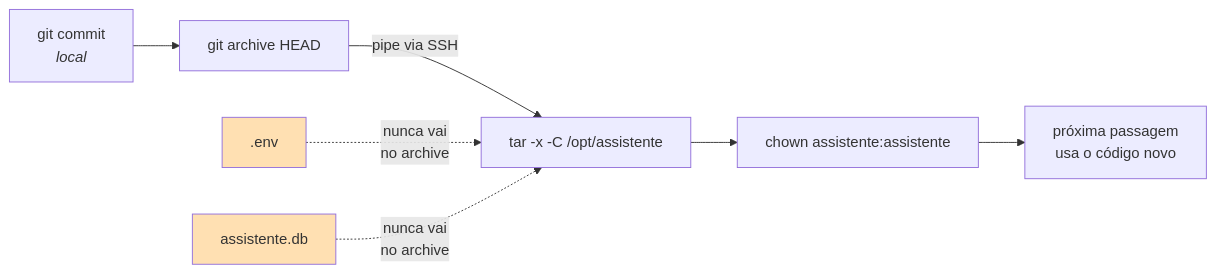
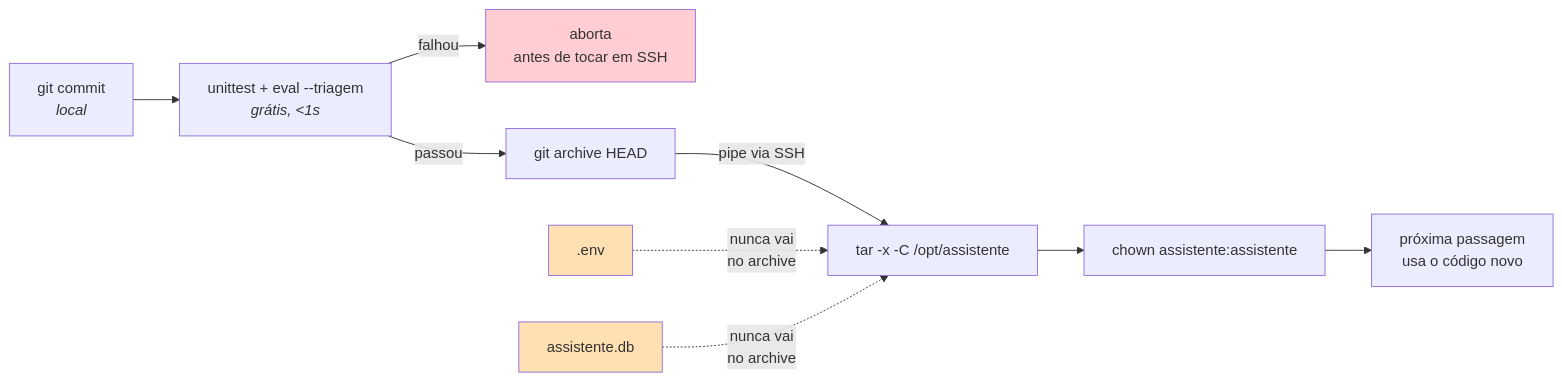
One commit to joaocarvalhini/Outlook-Reply-Assistant changed the diagram in docs/02-architecture/deployment.md. Above: the diagram before and after it, drawn with Mermaid. The commit also changed other lines of this file and 4 other files, not shown here.

````diff
--- a/docs/02-architecture/deployment.md
+++ b/docs/02-architecture/deployment.md
@@ -68,13 +68,16 @@
 ```mermaid
 flowchart LR
-    A["git commit<br/><i>local</i>"] --> B["git archive HEAD"]
+    A["git commit<br/><i>local</i>"] --> Q["unittest + eval --triagem<br/><i>grátis, &lt;1s</i>"]
+    Q -->|"falhou"| X["aborta<br/>antes de tocar em SSH"]
+    Q -->|"passou"| B["git archive HEAD"]
     B -->|"pipe via SSH"| C["tar -x -C /opt/assistente"]
     C --> D["chown assistente:assistente"]
     D --> E["próxima passagem<br/>usa o código novo"]
 
     F[".env"] -.->|"nunca vai<br/>no archive"| C
     G["assistente.db"] -.->|"nunca vai<br/>no archive"| C
 
     style F fill:#ffe0b2
     style G fill:#ffe0b2
+    style X fill:#ffcdd2
 ```
````
